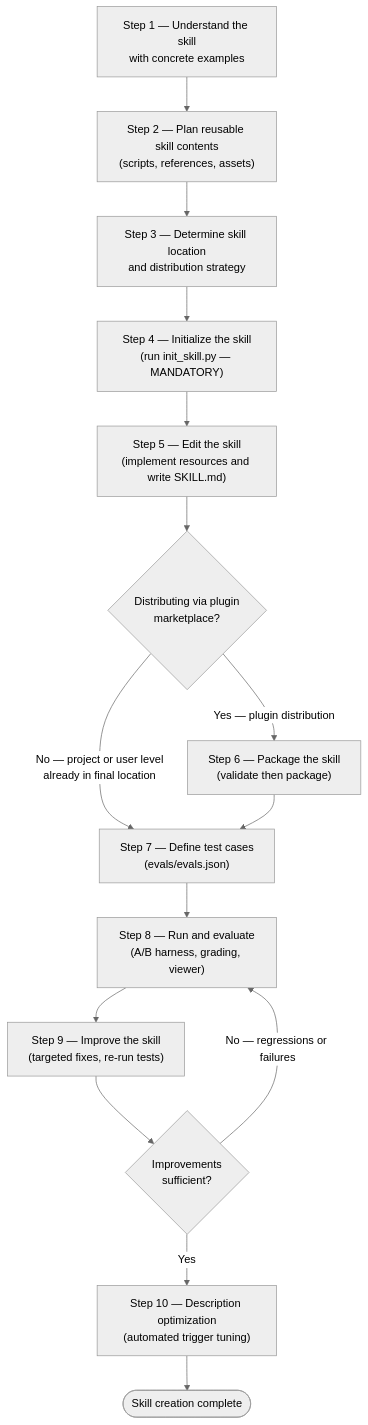
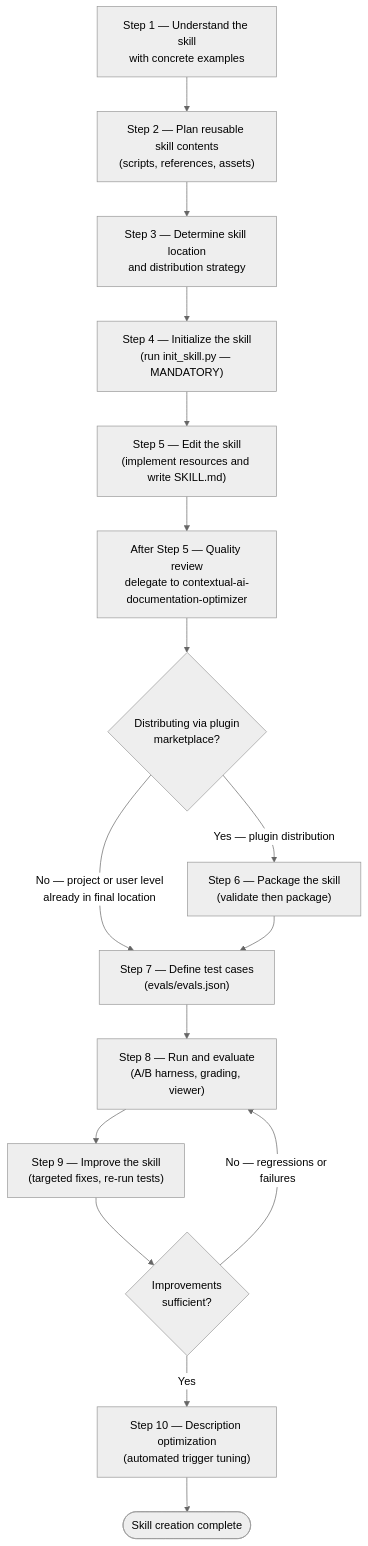
Before and after one commit to chgreer1070/claude_skills: the third of 5 diagrams in plugins/plugin-creator/skills/skill-creator/SKILL.md, drawn with Mermaid (neutral theme). The commit also changed other lines of this file and 1 other file, not shown here.

First line of the commit message:
feat(skill-creator): add quality review step after drafting

````diff
--- a/plugins/plugin-creator/skills/skill-creator/SKILL.md
+++ b/plugins/plugin-creator/skills/skill-creator/SKILL.md
@@ -290,19 +290,20 @@
 ```mermaid
 flowchart TD
     S1["Step 1 — Understand the skill<br>with concrete examples"] --> S2
     S2["Step 2 — Plan reusable skill contents<br>(scripts, references, assets)"] --> S3
     S3["Step 3 — Determine skill location<br>and distribution strategy"] --> S4
     S4["Step 4 — Initialize the skill<br>(run init_skill.py — MANDATORY)"] --> S5
-    S5["Step 5 — Edit the skill<br>(implement resources and write SKILL.md)"] --> S6Q
+    S5["Step 5 — Edit the skill<br>(implement resources and write SKILL.md)"] --> S5R
+    S5R["After Step 5 — Quality review<br>delegate to contextual-ai-documentation-optimizer"] --> S6Q
     S6Q{"Distributing via plugin<br>marketplace?"}
     S6Q -->|"Yes — plugin distribution"| S6["Step 6 — Package the skill<br>(validate then package)"]
     S6Q -->|"No — project or user level<br>already in final location"| S7
     S6 --> S7
     S7["Step 7 — Define test cases<br>(evals/evals.json)"] --> S8
     S8["Step 8 — Run and evaluate<br>(A/B harness, grading, viewer)"] --> S9
     S9["Step 9 — Improve the skill<br>(targeted fixes, re-run tests)"] --> S9Q
     S9Q{"Improvements<br>sufficient?"}
     S9Q -->|"No — regressions or failures"| S8
     S9Q -->|"Yes"| S10
     S10["Step 10 — Description optimization<br>(automated trigger tuning)"] --> Done(["Skill creation complete"])
 ```
````
